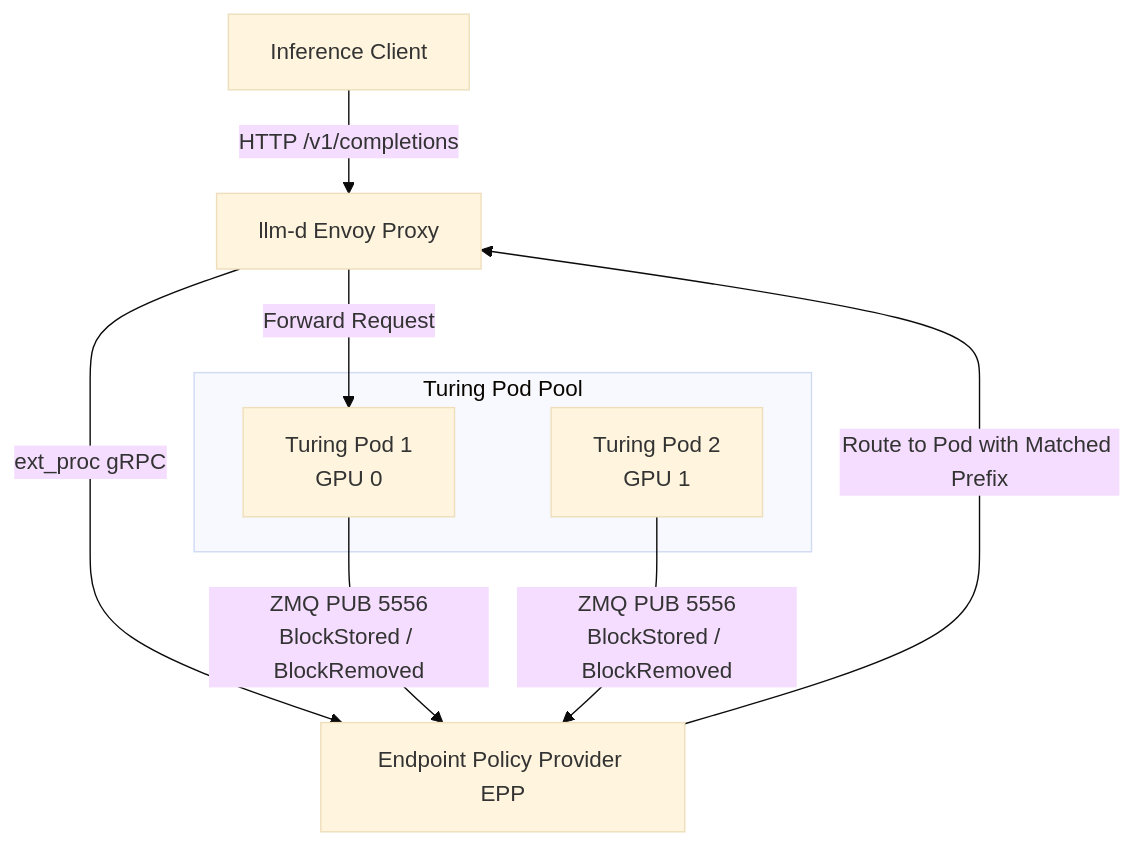
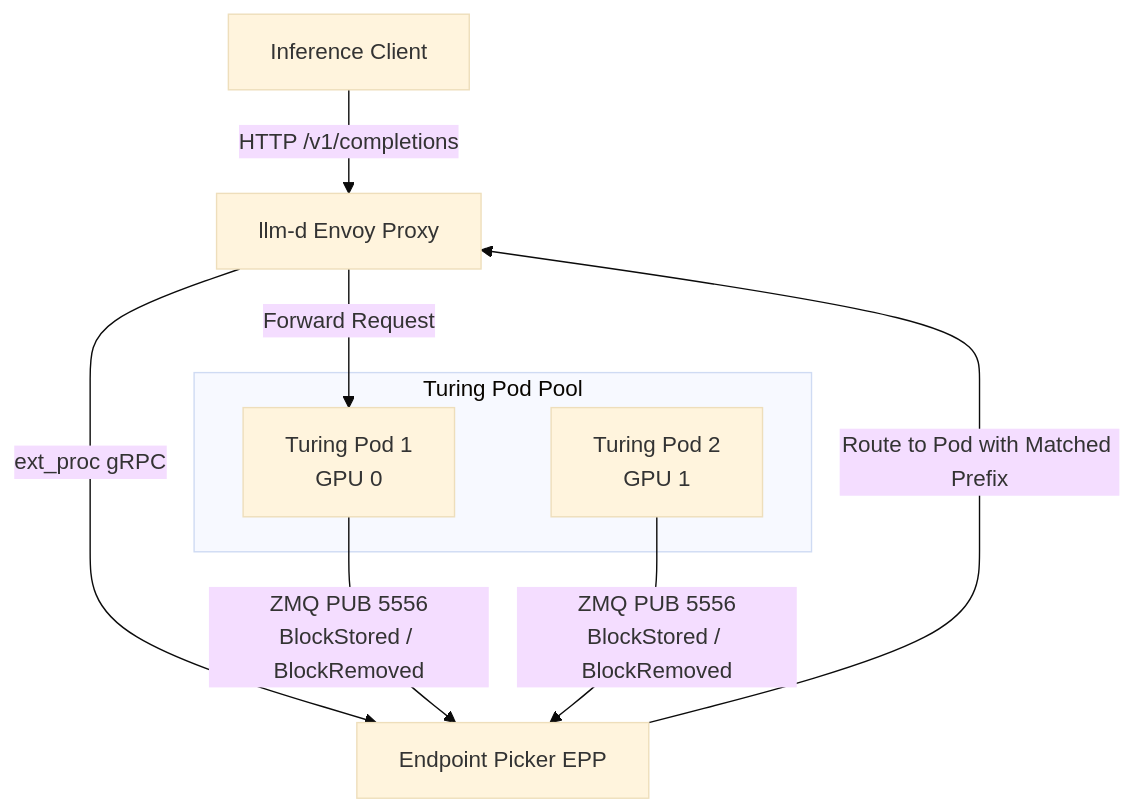
The diagram in docs/llmd-integration.md (intutic/turing), drawn with Mermaid (base theme) before and after one commit. The commit also changed other lines of this file and 212 other files, not shown here.

````diff
--- a/docs/llmd-integration.md
+++ b/docs/llmd-integration.md
@@ -9,16 +8,16 @@
 ```mermaid
 graph TD
     Client[Inference Client] -->|HTTP /v1/completions| Proxy[llm-d Envoy Proxy]
-    Proxy -->|ext_proc gRPC| EPP[Endpoint Policy Provider EPP]
+    Proxy -->|ext_proc gRPC| EPP[Endpoint Picker EPP]
     
     subgraph Turing Pod Pool
         Turing1[Turing Pod 1<br/>GPU 0]
         Turing2[Turing Pod 2<br/>GPU 1]
     end
     
     Turing1 -->|ZMQ PUB 5556<br/>BlockStored / BlockRemoved| EPP
     Turing2 -->|ZMQ PUB 5556<br/>BlockStored / BlockRemoved| EPP
     
     EPP -->|Route to Pod with Matched Prefix| Proxy
     Proxy -->|Forward Request| Turing1
 ```
````
